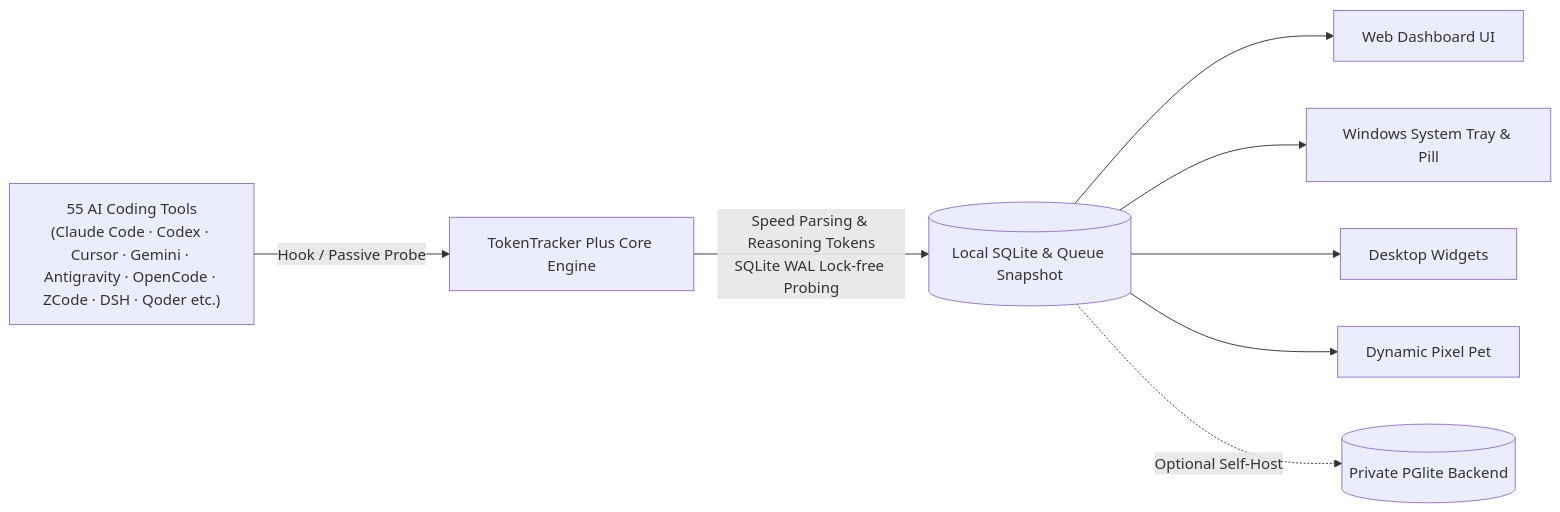
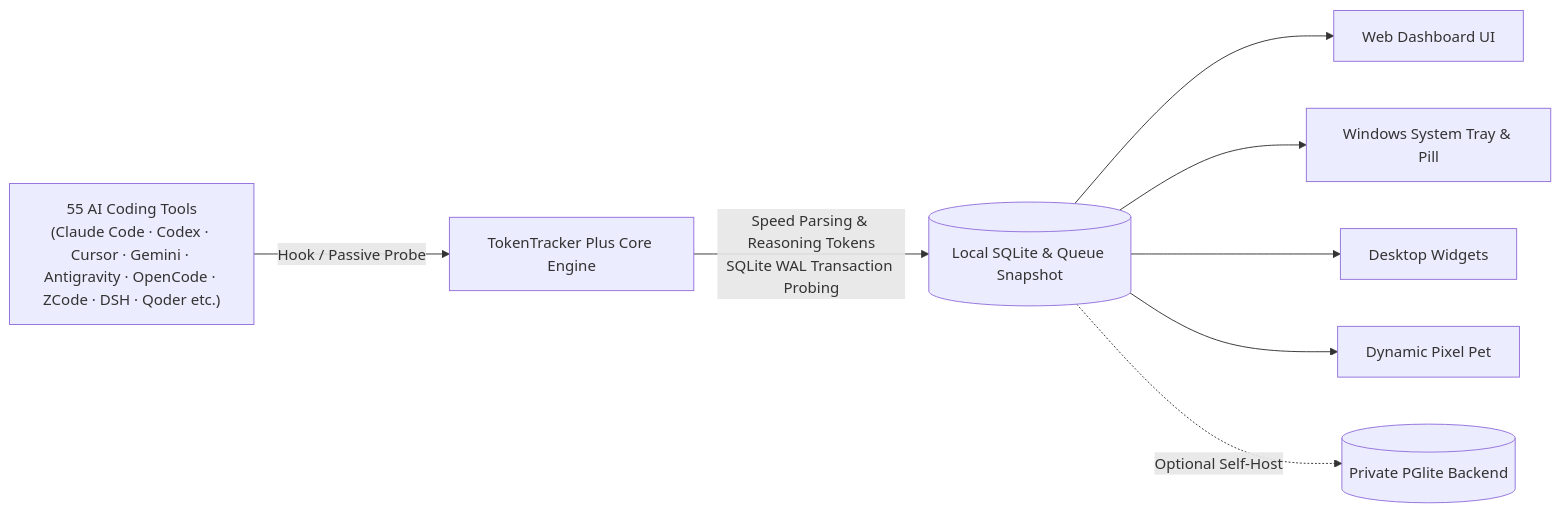
The diagram in README.en.md (01UNCLEDOG01/TokenTracker-Plus), drawn with Mermaid before and after one commit. The commit also changed other lines of this file and 21 other files, not shown here.

````diff
--- a/README.en.md
+++ b/README.en.md
@@ -242,10 +242,10 @@
 ```mermaid
 flowchart LR
     A["55 AI Coding Tools<br/>(Claude Code · Codex · Cursor · Gemini · Antigravity · OpenCode · ZCode · DSH · Qoder etc.)"] -->|Hook / Passive Probe| B[TokenTracker Plus Core Engine]
-    B -->|Speed Parsing & Reasoning Tokens<br/>SQLite WAL Lock-free Probing| C[(Local SQLite & Queue Snapshot)]
+    B -->|Speed Parsing & Reasoning Tokens<br/>SQLite WAL Transaction Probing| C[(Local SQLite & Queue Snapshot)]
     C --> D[Web Dashboard UI]
     C --> E[Windows System Tray & Pill]
     C --> F[Desktop Widgets]
     C --> G[Dynamic Pixel Pet]
     C -.->|Optional Self-Host| H[(Private PGlite Backend)]
 ```
````
